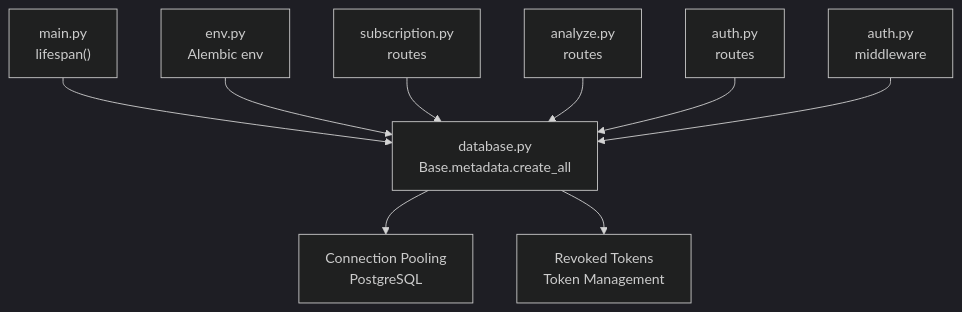
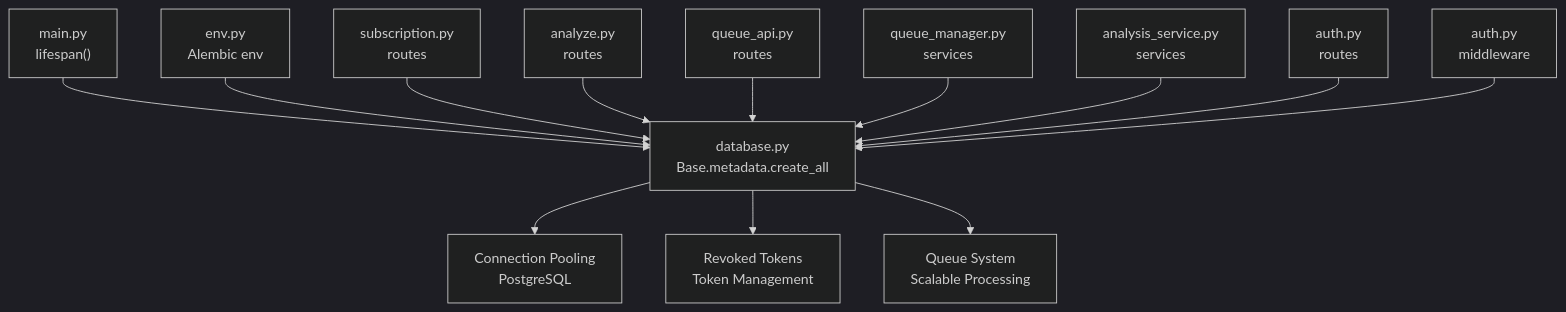
Before and after one commit to Revanththetalogics/aireume: the seventh of 7 diagrams in .qoder/repowiki/en/content/Database Design/Database Design.md, drawn with Mermaid (dark theme). The commit also changed other lines of this file and 20 other files, not shown here.

````diff
--- a/.qoder/repowiki/en/content/Database Design/Database Design.md
+++ b/.qoder/repowiki/en/content/Database Design/Database Design.md
@@ -409,11 +482,15 @@
 ```mermaid
 graph TB
 M["main.py<br/>lifespan()"] --> D["database.py<br/>Base.metadata.create_all"]
 E["env.py<br/>Alembic env"] --> D
 S["subscription.py<br/>routes"] --> D
 A["analyze.py<br/>routes"] --> D
+Q["queue_api.py<br/>routes"] --> D
+QM["queue_manager.py<br/>services"] --> D
+AS["analysis_service.py<br/>services"] --> D
 AR["auth.py<br/>routes"] --> D
 U["auth.py<br/>middleware"] --> D
 D --> CP["Connection Pooling<br/>PostgreSQL"]
 D --> RT["Revoked Tokens<br/>Token Management"]
+D --> QS["Queue System<br/>Scalable Processing"]
 ```
````
